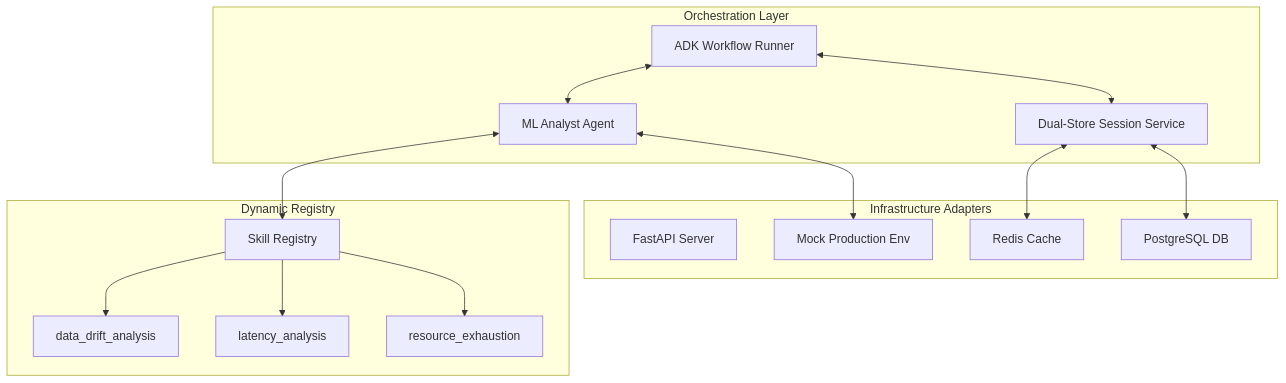
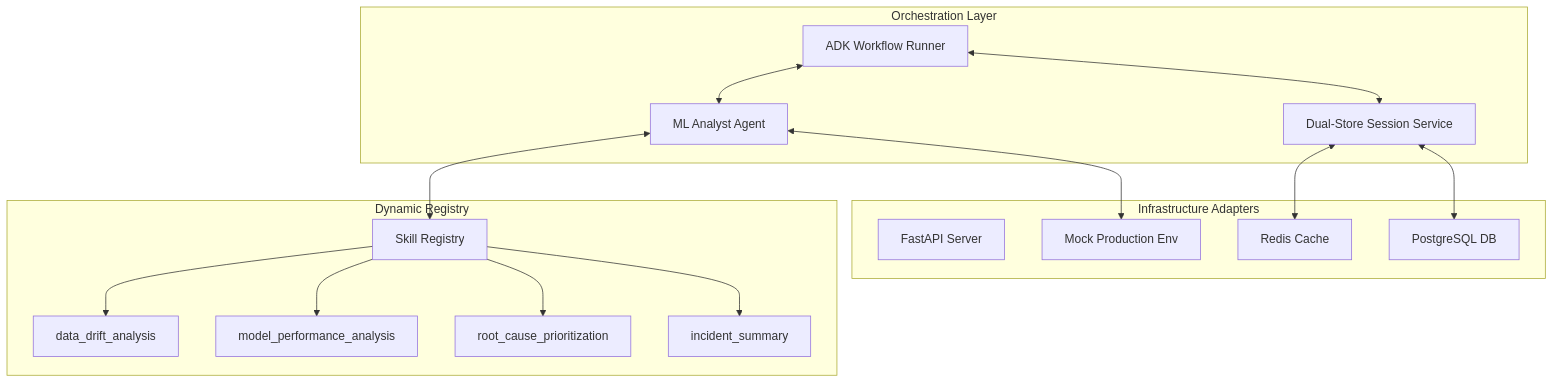
The first of 2 diagrams in docs/architecture/SYSTEM_ARCHITECTURE.md (Anas-Khatiri/ai-analyst-agent), drawn with Mermaid before and after one commit. The commit also changed 23 other files, not shown here.

````diff
--- a/docs/architecture/SYSTEM_ARCHITECTURE.md
+++ b/docs/architecture/SYSTEM_ARCHITECTURE.md
@@ -17,32 +17,34 @@
 ```mermaid
 graph TD
     subgraph Orchestration Layer
         Agent[ML Analyst Agent]
         Runner[ADK Workflow Runner]
         Session[Dual-Store Session Service]
     end
 
     subgraph Dynamic Registry
         Reg[Skill Registry]
         SK1[data_drift_analysis]
-        SK2[latency_analysis]
-        SK3[resource_exhaustion]
+        SK2[model_performance_analysis]
+        SK3[root_cause_prioritization]
+        SK4[incident_summary]
     end
 
     subgraph Infrastructure Adapters
         API[FastAPI Server]
         Mock[Mock Production Env]
         PG[PostgreSQL DB]
         RD[Redis Cache]
     end
 
     Agent <--> Reg
     Reg --> SK1
     Reg --> SK2
     Reg --> SK3
+    Reg --> SK4
     Runner <--> Agent
     Runner <--> Session
     Session <--> RD
     Session <--> PG
     Agent <--> Mock
 ```
````
